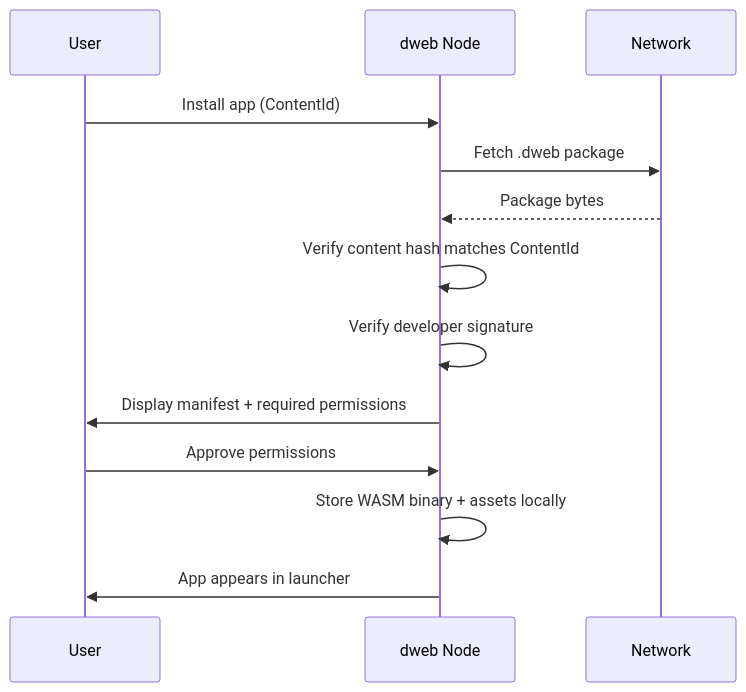
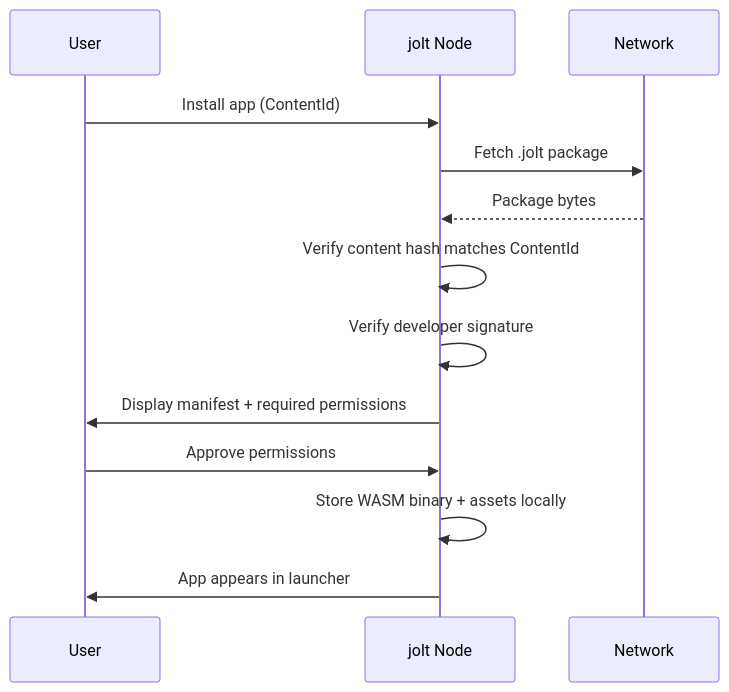
One commit to alexanderwanyoike/jolt changed the second of 3 diagrams in docs/06-apps.md. Above: the diagram before and after it, drawn with Mermaid. The commit also changed other lines of this file and 148 other files, not shown here.

Commit message:
Rename dweb to jolt and improve daemon discovery

````diff
--- a/docs/06-apps.md
+++ b/docs/06-apps.md
@@ -164,16 +164,16 @@
 ```mermaid
 sequenceDiagram
     participant User
-    participant Node as dweb Node
+    participant Node as jolt Node
     participant Net as Network
 
     User->>Node: Install app (ContentId)
-    Node->>Net: Fetch .dweb package
+    Node->>Net: Fetch .jolt package
     Net-->>Node: Package bytes
     Node->>Node: Verify content hash matches ContentId
     Node->>Node: Verify developer signature
     Node->>User: Display manifest + required permissions
     User->>Node: Approve permissions
     Node->>Node: Store WASM binary + assets locally
     Node->>User: App appears in launcher
 ```
````
